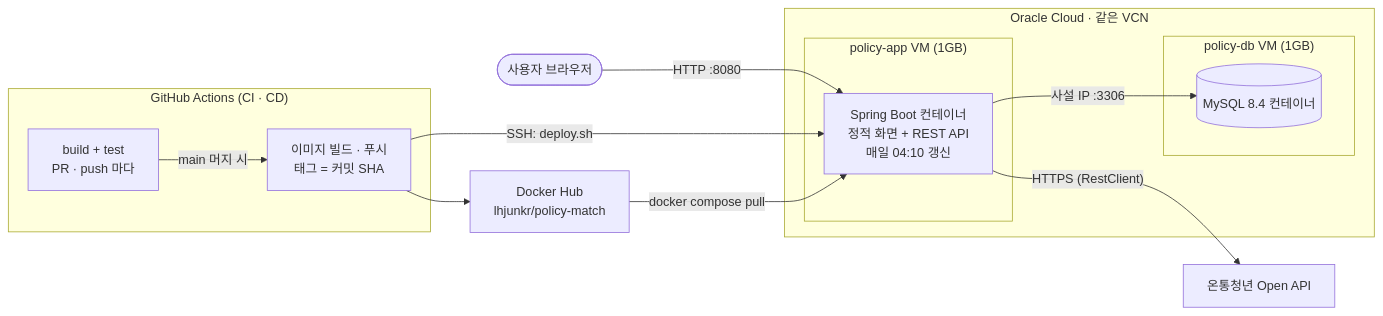
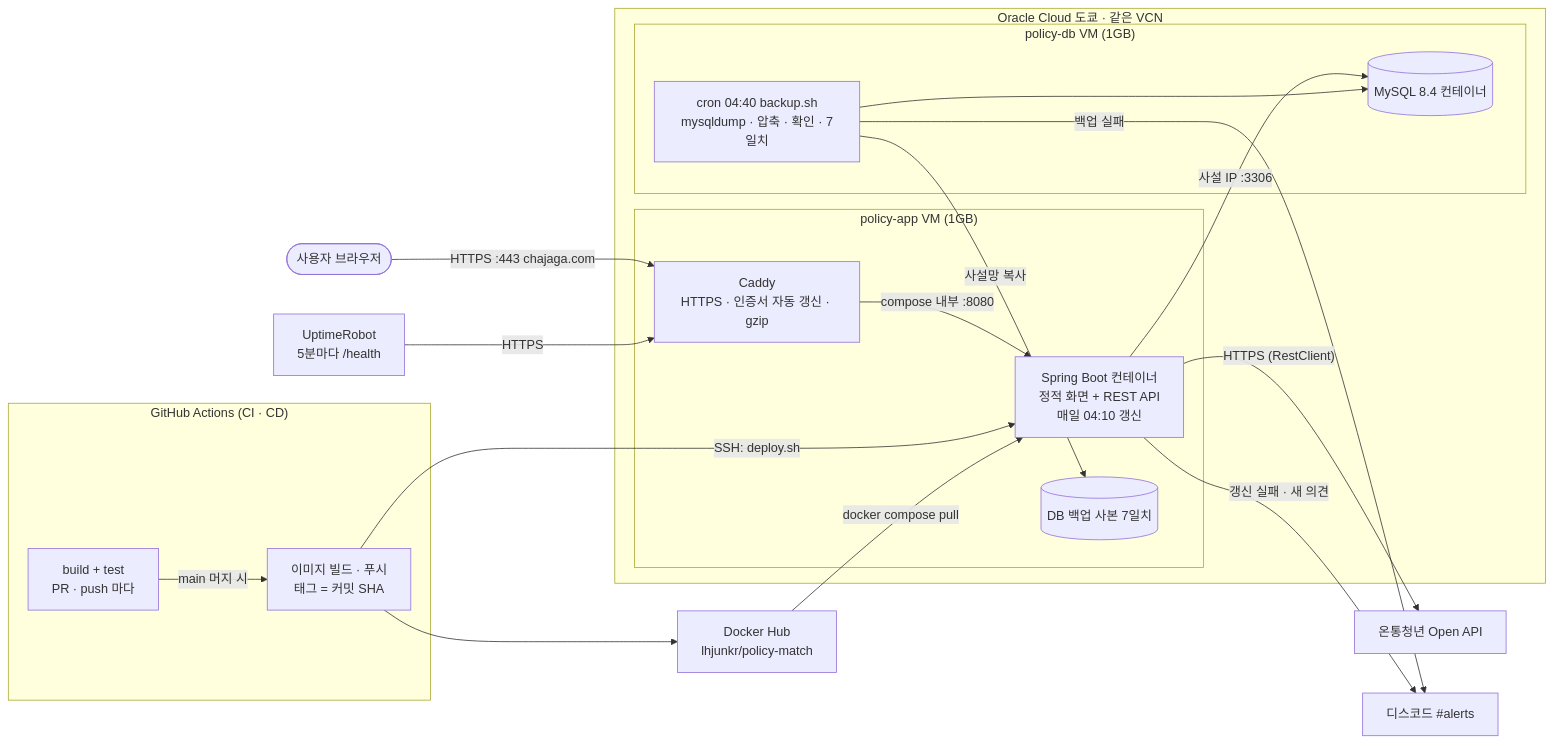
One commit to lhjunkr/public-data-site changed the diagram in README.md. Above: the diagram before and after it, drawn with Mermaid. The commit also changed other lines of this file, not shown here.

Commit message:
docs: README 나머지 정리 — HTTPS · Caddy · 알림 · 감시 · 백업 구조도, 상세 조회 API, 한계 갱신

````diff
--- a/README.md
+++ b/README.md
@@ -90,28 +92,39 @@
 ```mermaid
 flowchart LR
     user(["사용자 브라우저"])
     youth["온통청년 Open API"]
+    discord["디스코드 #alerts"]
+    robot["UptimeRobot<br/>5분마다 /health"]
 
-    subgraph oci ["Oracle Cloud · 같은 VCN"]
+    subgraph oci ["Oracle Cloud 도쿄 · 같은 VCN"]
         subgraph appvm ["policy-app VM (1GB)"]
+            caddy["Caddy<br/>HTTPS · 인증서 자동 갱신 · gzip"]
             app["Spring Boot 컨테이너<br/>정적 화면 + REST API<br/>매일 04:10 갱신"]
+            copy[("DB 백업 사본 7일치")]
         end
         subgraph dbvm ["policy-db VM (1GB)"]
             db[("MySQL 8.4 컨테이너")]
+            backup["cron 04:40 backup.sh<br/>mysqldump · 압축 · 확인 · 7일치"]
         end
     end
 
     subgraph delivery ["GitHub Actions (CI · CD)"]
         ci["build + test<br/>PR · push 마다"]
         img["이미지 빌드 · 푸시<br/>태그 = 커밋 SHA"]
     end
     hub["Docker Hub<br/>lhjunkr/policy-match"]
 
-    user -- "HTTP :8080" --> app
+    user -- "HTTPS :443 chajaga.com" --> caddy
+    robot -- "HTTPS" --> caddy
+    caddy -- "compose 내부 :8080" --> app
     app -- "사설 IP :3306" --> db
     app -- "HTTPS (RestClient)" --> youth
+    app -- "갱신 실패 · 새 의견" --> discord
+    backup --> db
+    backup -- "사설망 복사" --> copy
+    backup -- "백업 실패" --> discord
     ci -- "main 머지 시" --> img
     img --> hub
     img -- "SSH: deploy.sh" --> app
     hub -- "docker compose pull" --> app
 ```
````
